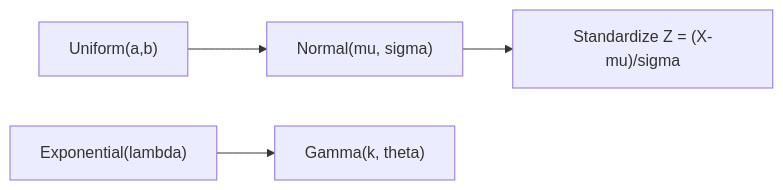
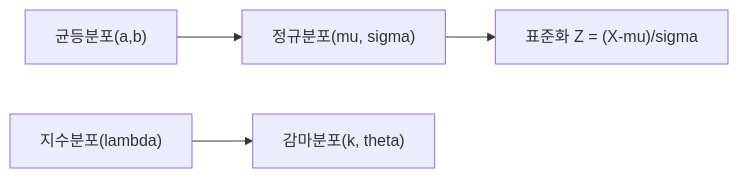
One commit to yeongseon-books/book-content changed the diagram in content/probability-101/ko/08-continuous-distributions.md. Above: the diagram before and after it, drawn with Mermaid. The commit also changed other lines of this file and 2 other files, not shown here.

````diff
--- a/content/probability-101/ko/08-continuous-distributions.md
+++ b/content/probability-101/ko/08-continuous-distributions.md
@@ -35,6 +51,6 @@
 ```mermaid
 flowchart LR
-    U["Uniform(a,b)"] --> N["Normal(mu, sigma)"]
-    N --> Std["Standardize Z = (X-mu)/sigma"]
-    E["Exponential(lambda)"] --> G["Gamma(k, theta)"]
+    U["균등분포(a,b)"] --> N["정규분포(mu, sigma)"]
+    N --> Std["표준화 Z = (X-mu)/sigma"]
+    E["지수분포(lambda)"] --> G["감마분포(k, theta)"]
 ```
````
